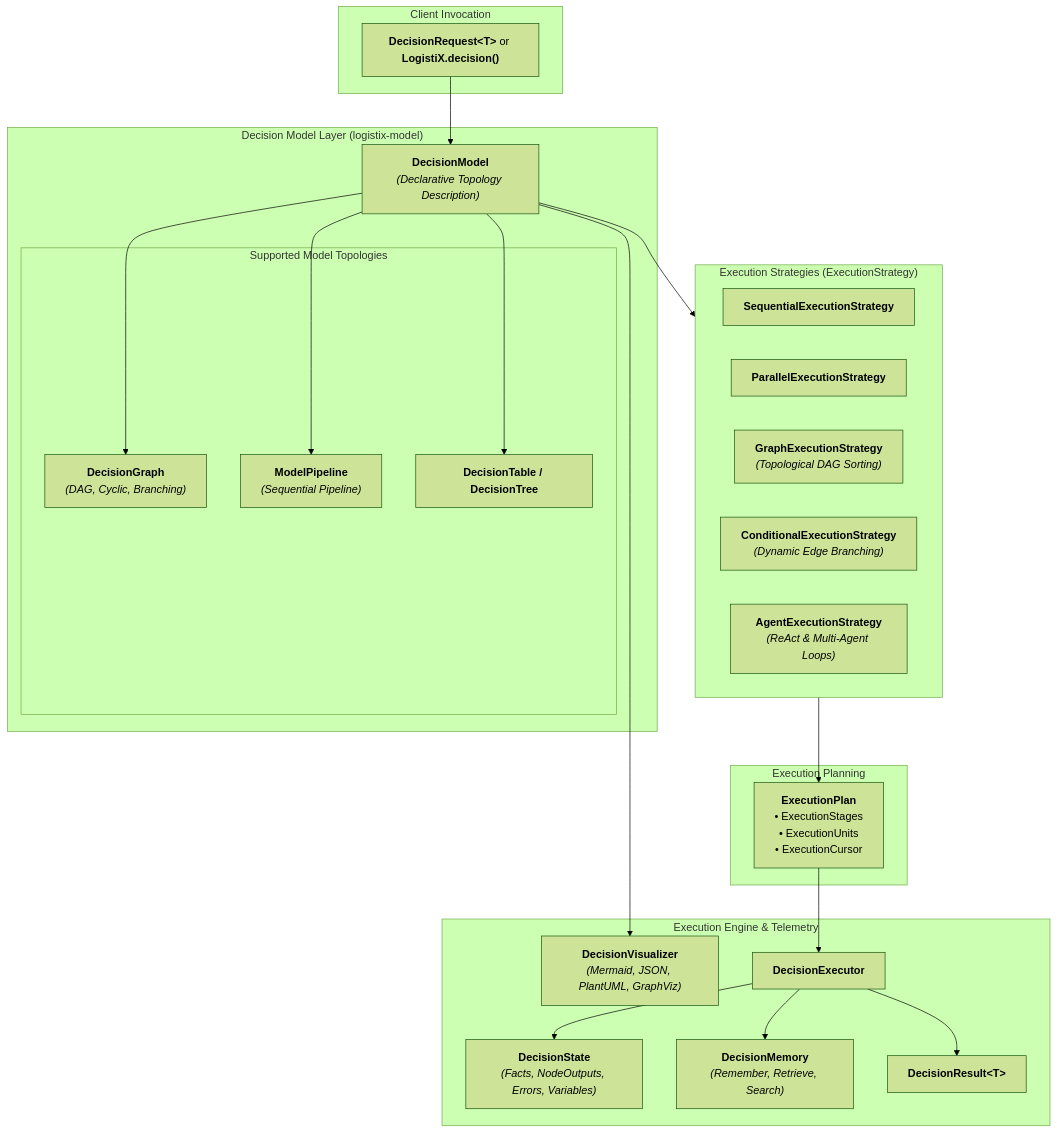
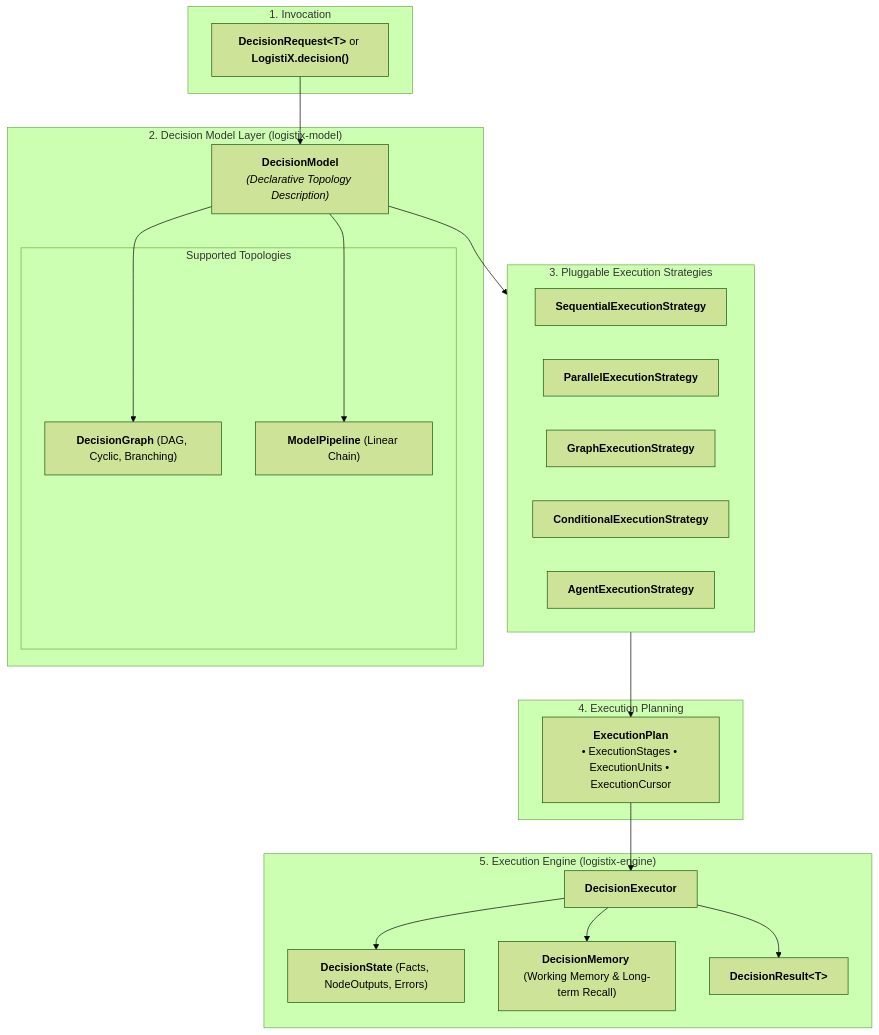
The diagram in README.md (venukommu/LogistiX), drawn with Mermaid (forest theme) before and after one commit. The commit also changed other lines of this file and 17 other files, not shown here.

First line of the commit message:
refactor(arch): architectural hardening and consolidation for Release Candidate 1

````diff
--- a/README.md
+++ b/README.md
@@ -133,49 +113,45 @@
 ```mermaid
 flowchart TD
-    subgraph Client ["Client Invocation"]
+    subgraph Client ["1. Invocation"]
         REQ["<b>DecisionRequest&lt;T&gt;</b> or <b>LogistiX.decision()</b>"]
     end
 
-    subgraph ModelLayer ["Decision Model Layer (logistix-model)"]
+    subgraph ModelLayer ["2. Decision Model Layer (logistix-model)"]
         DM["<b>DecisionModel</b><br/><i>(Declarative Topology Description)</i>"]
         
-        subgraph Topologies ["Supported Model Topologies"]
-            DG["<b>DecisionGraph</b><br/><i>(DAG, Cyclic, Branching)</i>"]
-            DP["<b>ModelPipeline</b><br/><i>(Sequential Pipeline)</i>"]
-            DT["<b>DecisionTable / DecisionTree</b>"]
+        subgraph Topologies ["Supported Topologies"]
+            DG["<b>DecisionGraph</b> (DAG, Cyclic, Branching)"]
+            DP["<b>ModelPipeline</b> (Linear Chain)"]
         end
         
         DM --> DG
         DM --> DP
-        DM --> DT
     end
 
-    subgraph StrategyLayer ["Execution Strategies (ExecutionStrategy)"]
+    subgraph StrategyLayer ["3. Pluggable Execution Strategies"]
         S_SEQ["<b>SequentialExecutionStrategy</b>"]
         S_PAR["<b>ParallelExecutionStrategy</b>"]
-        S_GRA["<b>GraphExecutionStrategy</b><br/><i>(Topological DAG Sorting)</i>"]
-        S_CON["<b>ConditionalExecutionStrategy</b><br/><i>(Dynamic Edge Branching)</i>"]
-        S_AGE["<b>AgentExecutionStrategy</b><br/><i>(ReAct & Multi-Agent Loops)</i>"]
+        S_GRA["<b>GraphExecutionStrategy</b>"]
+        S_CON["<b>ConditionalExecutionStrategy</b>"]
+        S_AGE["<b>AgentExecutionStrategy</b>"]
     end
 
-    subgraph Planning ["Execution Planning"]
-        PLAN["<b>ExecutionPlan</b><br/>• ExecutionStages<br/>• ExecutionUnits<br/>• ExecutionCursor"]
+    subgraph Planning ["4. Execution Planning"]
+        PLAN["<b>ExecutionPlan</b><br/>• ExecutionStages &bull; ExecutionUnits &bull; ExecutionCursor"]
     end
 
-    subgraph Runtime ["Execution Engine & Telemetry"]
-        STATE["<b>DecisionState</b><br/><i>(Facts, NodeOutputs, Errors, Variables)</i>"]
-        MEM["<b>DecisionMemory</b><br/><i>(Remember, Retrieve, Search)</i>"]
-        VIS["<b>DecisionVisualizer</b><br/><i>(Mermaid, JSON, PlantUML, GraphViz)</i>"]
+    subgraph Runtime ["5. Execution Engine (logistix-engine)"]
+        STATE["<b>DecisionState</b> (Facts, NodeOutputs, Errors)"]
+        MEM["<b>DecisionMemory</b> (Working Memory & Long-term Recall)"]
         EXEC["<b>DecisionExecutor</b>"]
         RES["<b>DecisionResult&lt;T&gt;</b>"]
     end
 
     REQ --> DM
     DM --> StrategyLayer
     StrategyLayer --> PLAN
     PLAN --> EXEC
     EXEC --> STATE
     EXEC --> MEM
     EXEC --> RES
-    DM --> VIS
 ```
````
